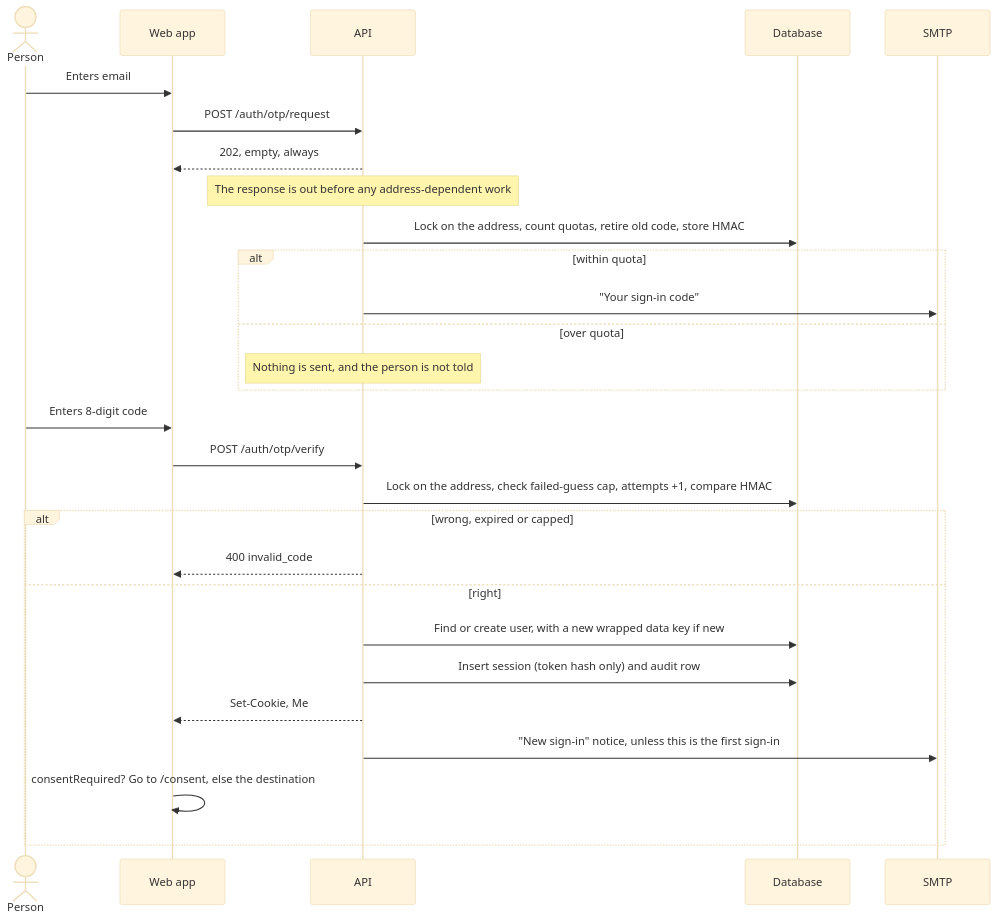
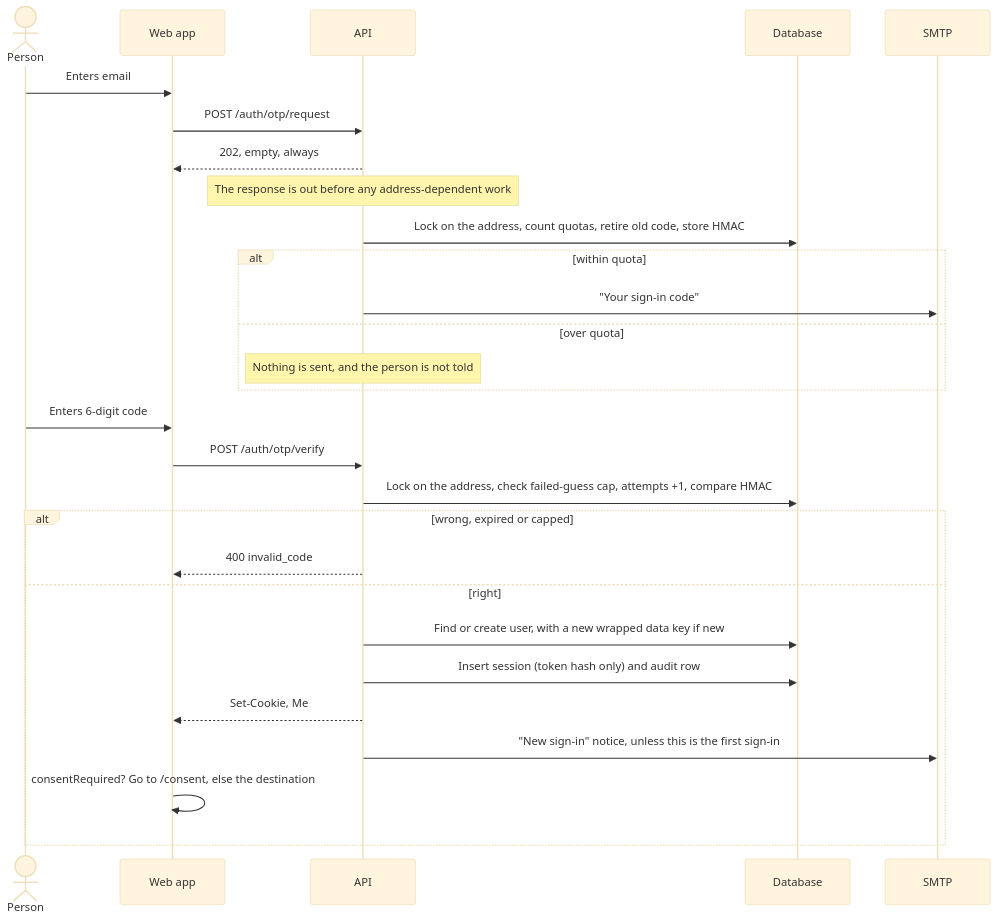
One commit to gypk555/anxiety changed the second of 4 diagrams in docs/ARCHITECTURE.md. Above: the diagram before and after it, drawn with Mermaid (base theme). The commit also changed other lines of this file and 135 other files, not shown here.

````diff
--- a/docs/ARCHITECTURE.md
+++ b/docs/ARCHITECTURE.md
@@ -72,31 +74,31 @@
 ```mermaid
 sequenceDiagram
   actor P as Person
   participant W as Web app
   participant A as API
   participant D as Database
   participant M as SMTP
 
   P->>W: Enters email
   W->>A: POST /auth/otp/request
   A-->>W: 202, empty, always
   Note over A: The response is out before any address-dependent work
   A->>D: Lock on the address, count quotas, retire old code, store HMAC
   alt within quota
     A->>M: "Your sign-in code"
   else over quota
     Note over A: Nothing is sent, and the person is not told
   end
-  P->>W: Enters 8-digit code
+  P->>W: Enters 6-digit code
   W->>A: POST /auth/otp/verify
   A->>D: Lock on the address, check failed-guess cap, attempts +1, compare HMAC
   alt wrong, expired or capped
     A-->>W: 400 invalid_code
   else right
     A->>D: Find or create user, with a new wrapped data key if new
     A->>D: Insert session (token hash only) and audit row
     A-->>W: Set-Cookie, Me
     A->>M: "New sign-in" notice, unless this is the first sign-in
     W->>W: consentRequired? Go to /consent, else the destination
   end
 ```
````
